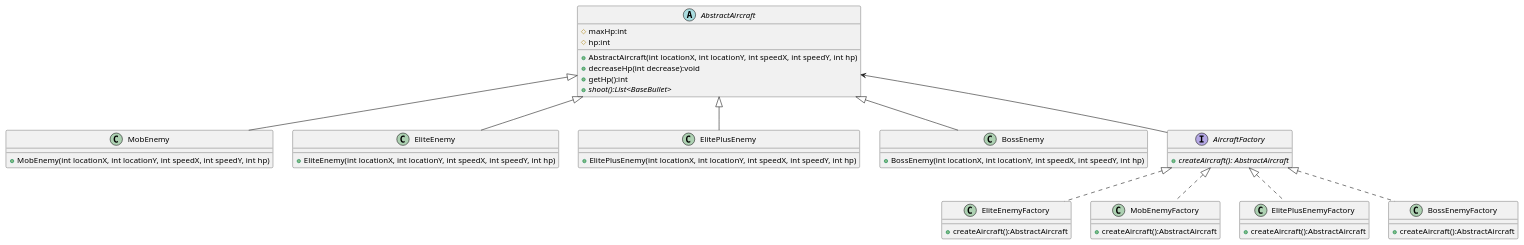
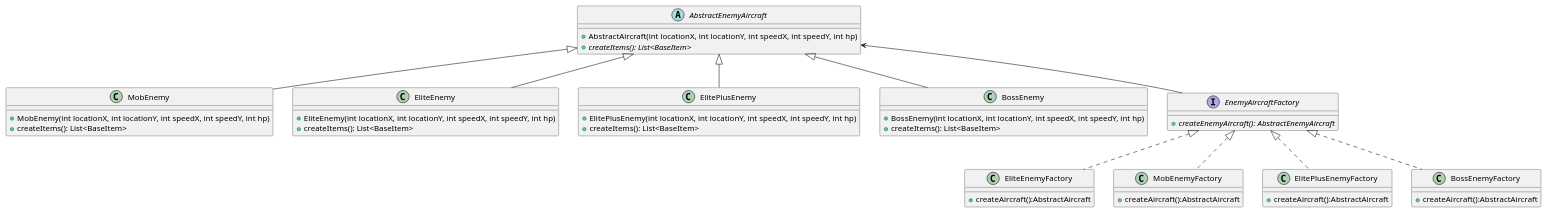
Before and after one commit to xrlexpert/Aircraft-War: the diagram in uml/Aircraft_Factory_Pattern.puml, drawn with PlantUML. The commit also changed 1 other file, not shown here.

Commit message:
puml类图修改2

```diff
--- a/uml/Aircraft_Factory_Pattern.puml
+++ b/uml/Aircraft_Factory_Pattern.puml
@@ -1,47 +1,48 @@
 @startuml
-abstract class AbstractAircraft{
-    # maxHp:int
-    # hp:int
+abstract class AbstractEnemyAircraft
+ {
     + AbstractAircraft(int locationX, int locationY, int speedX, int speedY, int hp)
-    + decreaseHp(int decrease):void
-    + getHp():int
-    + {abstract} shoot():List<BaseBullet>
-}
+    + {abstract}createItems(): List<BaseItem>
+ }
 class MobEnemy{
     + MobEnemy(int locationX, int locationY, int speedX, int speedY, int hp)
+    + createItems(): List<BaseItem>
 }
 class EliteEnemy{
     + EliteEnemy(int locationX, int locationY, int speedX, int speedY, int hp)
+    + createItems(): List<BaseItem>
 }
 class ElitePlusEnemy{
     + ElitePlusEnemy(int locationX, int locationY, int speedX, int speedY, int hp)
+    + createItems(): List<BaseItem>
 }
 class BossEnemy{
     + BossEnemy(int locationX, int locationY, int speedX, int speedY, int hp)
+    + createItems(): List<BaseItem>
 }
-interface AircraftFactory{
-    +{abstract} createAircraft(): AbstractAircraft
+interface EnemyAircraftFactory{
+    +{abstract} createEnemyAircraft(): AbstractEnemyAircraft
 }
 class EliteEnemyFactory{
     + createAircraft():AbstractAircraft
 }
 class MobEnemyFactory{
     + createAircraft():AbstractAircraft
 }
 class ElitePlusEnemyFactory{
     + createAircraft():AbstractAircraft
 }
 class BossEnemyFactory{
     + createAircraft():AbstractAircraft
 }
-AbstractAircraft <-- AircraftFactory
-AbstractAircraft <|-- MobEnemy
-AbstractAircraft <|-- EliteEnemy
-AbstractAircraft <|-- ElitePlusEnemy
-AbstractAircraft <|-- BossEnemy
+AbstractEnemyAircraft <-- EnemyAircraftFactory
+AbstractEnemyAircraft <|-- MobEnemy
+AbstractEnemyAircraft <|-- EliteEnemy
+AbstractEnemyAircraft <|-- ElitePlusEnemy
+AbstractEnemyAircraft <|-- BossEnemy
 
-AircraftFactory <|.. MobEnemyFactory
-AircraftFactory <|.. EliteEnemyFactory
-AircraftFactory <|.. ElitePlusEnemyFactory
-AircraftFactory <|.. BossEnemyFactory
+EnemyAircraftFactory <|.. MobEnemyFactory
+EnemyAircraftFactory <|.. EliteEnemyFactory
+EnemyAircraftFactory <|.. ElitePlusEnemyFactory
+EnemyAircraftFactory <|.. BossEnemyFactory
 @enduml
```
